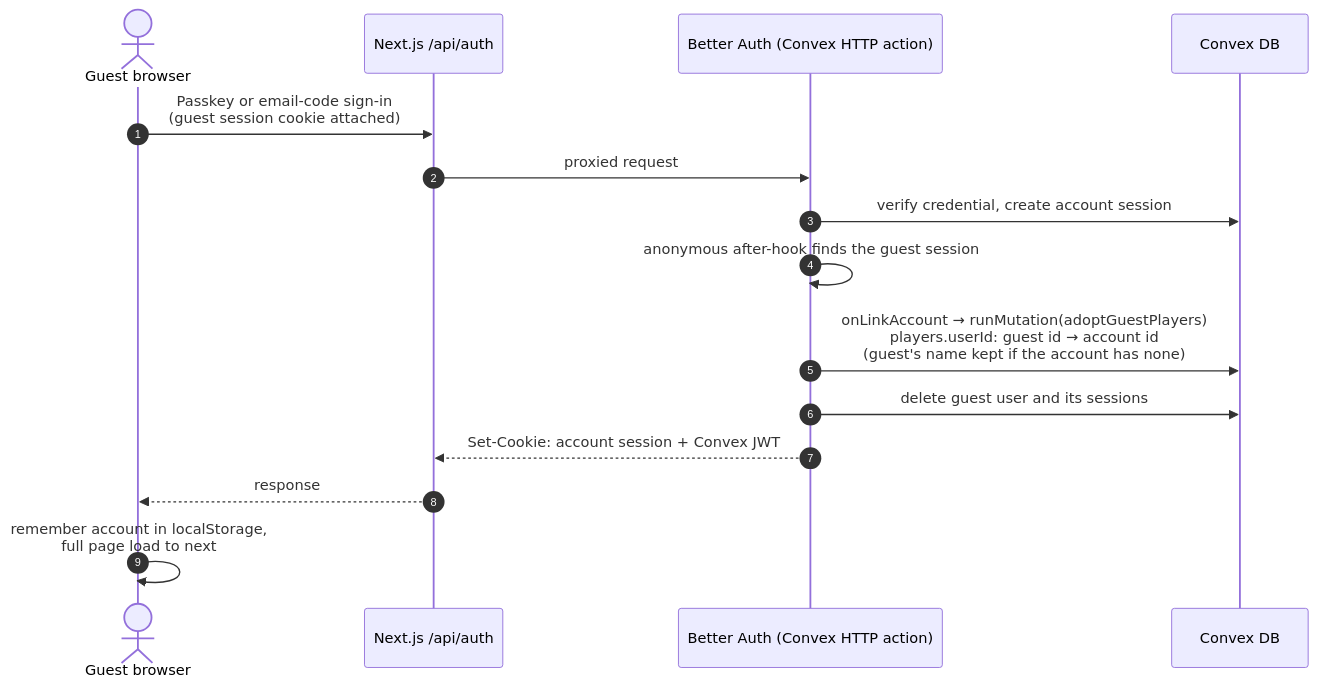
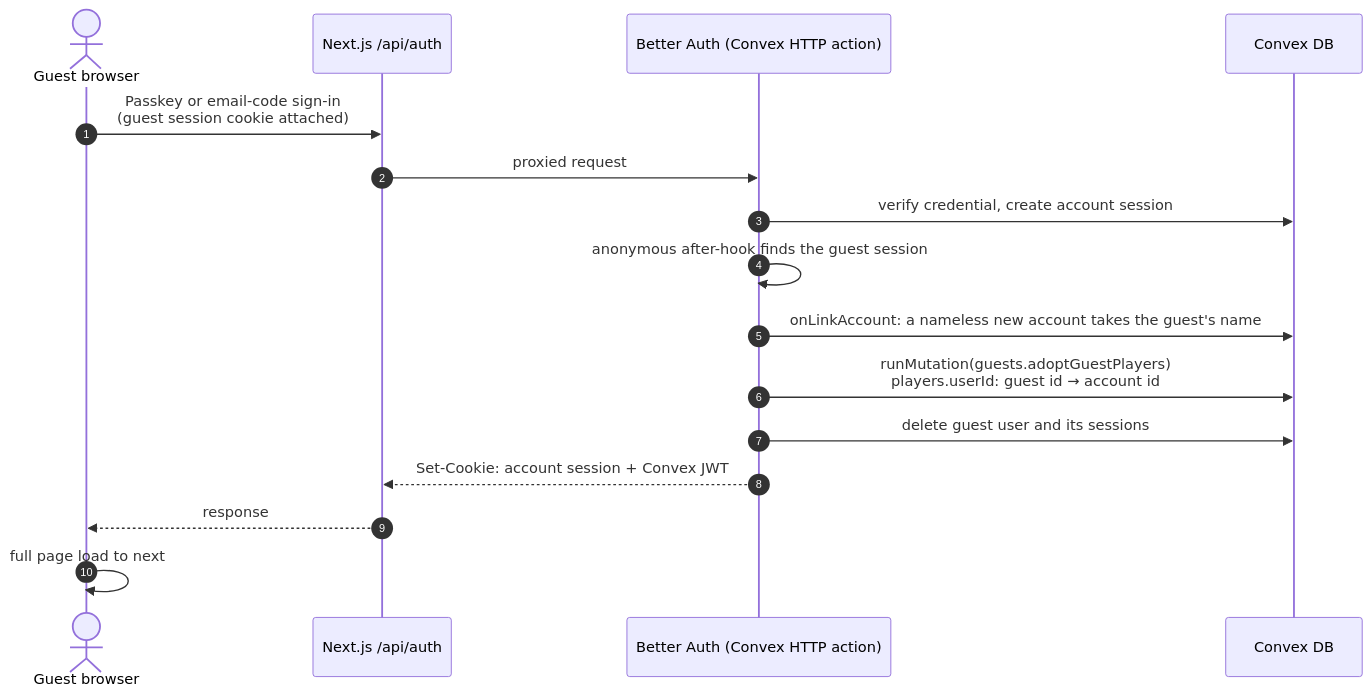
One commit to g30r93g/ID-Game changed the second of 2 diagrams in README.md. Above: the diagram before and after it, drawn with Mermaid. The commit also changed other lines of this file and 24 other files, not shown here.

````diff
--- a/README.md
+++ b/README.md
@@ -117,18 +92,19 @@
 ```mermaid
 sequenceDiagram
     autonumber
     actor G as Guest browser
     participant N as Next.js /api/auth
     participant BA as Better Auth (Convex HTTP action)
     participant DB as Convex DB
 
     G->>N: Passkey or email-code sign-in<br/>(guest session cookie attached)
     N->>BA: proxied request
     BA->>DB: verify credential, create account session
     BA->>BA: anonymous after-hook finds the guest session
-    BA->>DB: onLinkAccount → runMutation(adoptGuestPlayers)<br/>players.userId: guest id → account id<br/>(guest's name kept if the account has none)
+    BA->>DB: onLinkAccount: a nameless new account takes the guest's name
+    BA->>DB: runMutation(guests.adoptGuestPlayers)<br/>players.userId: guest id → account id
     BA->>DB: delete guest user and its sessions
     BA-->>N: Set-Cookie: account session + Convex JWT
     N-->>G: response
-    G->>G: remember account in localStorage,<br/>full page load to next
+    G->>G: full page load to next
 ```
````
